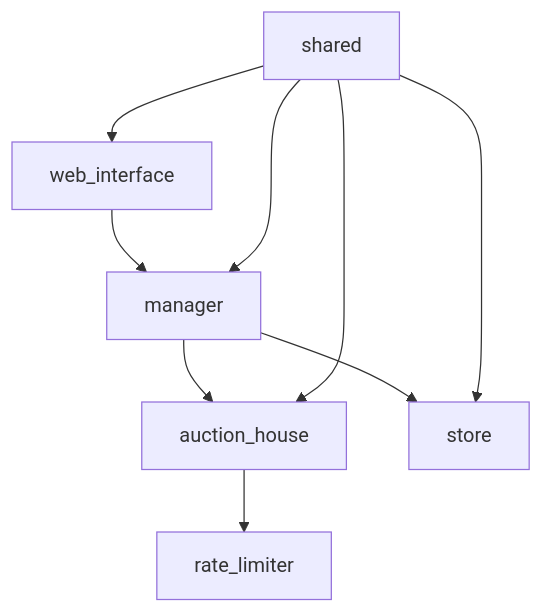
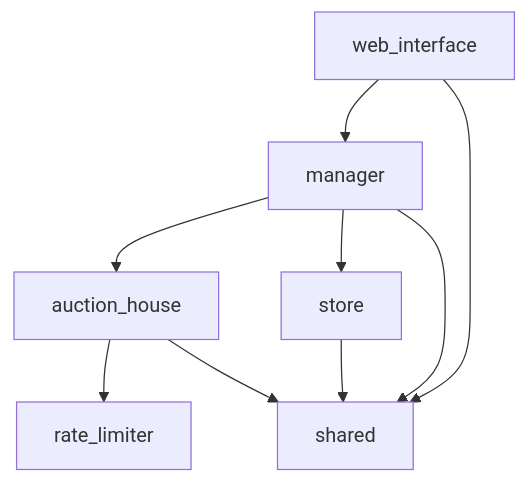
The diagram in README.md (Fl4m3Ph03n1x/market_manager), drawn with Mermaid before and after one commit. The commit also changed other lines of this file, not shown here.

````diff
--- a/README.md
+++ b/README.md
@@ -129,11 +147,11 @@
 ```mermaid
   graph TD;
       web_interface-->manager;
+      web_interface-->shared;
       manager-->auction_house;
       manager-->store;
-      shared-->manager;
-      shared-->store;
-      shared-->web_interface;
-      shared-->auction_house;
+      manager-->shared;
       auction_house-->rate_limiter;
+      auction_house-->shared;
+      store-->shared;
 ```
````
